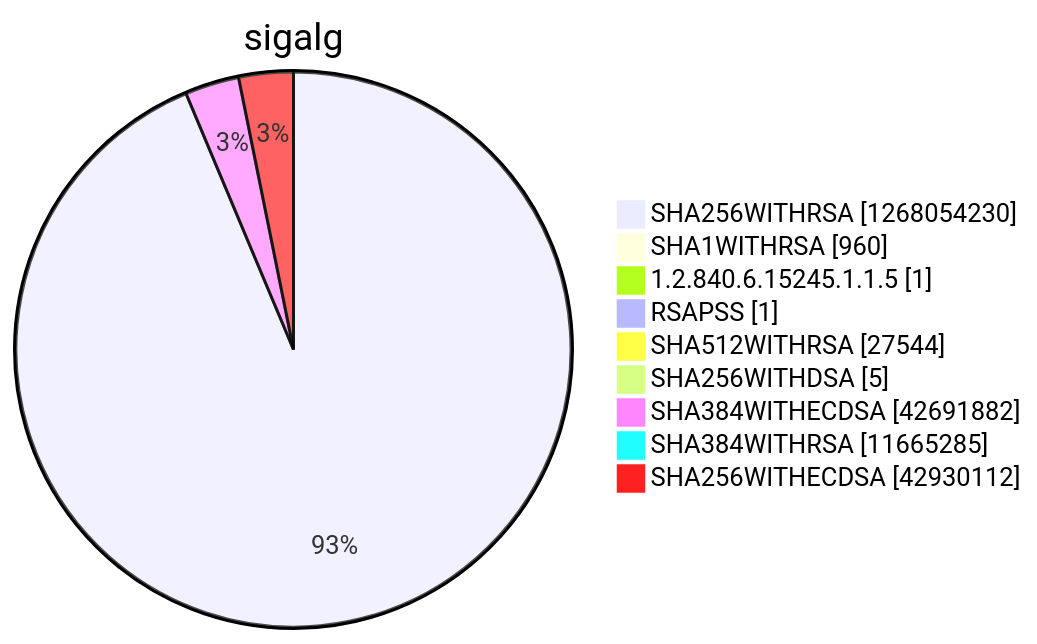
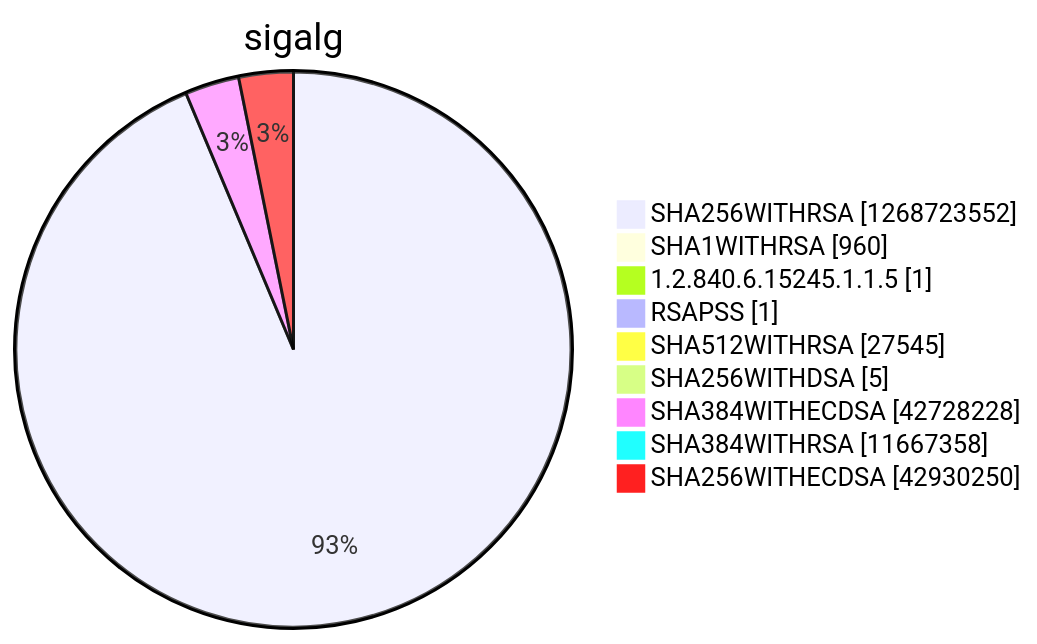
One commit to christiankrug/ctmonitor_visualization changed diagram 15 of 15 in argon2022/README.md. Above: the diagram before and after it, drawn with Mermaid. The commit also changed other lines of this file, not shown here.

````diff
--- a/argon2022/README.md
+++ b/argon2022/README.md
@@ -5522,13 +5522,13 @@
 ```mermaid
 pie showData
 title sigalg
-"SHA256WITHRSA" :1268054230
+"SHA256WITHRSA" :1268723552
 "SHA1WITHRSA" :960
 "1.2.840.6.15245.1.1.5" :1
 "RSAPSS" :1
-"SHA512WITHRSA" :27544
+"SHA512WITHRSA" :27545
 "SHA256WITHDSA" :5
-"SHA384WITHECDSA" :42691882
-"SHA384WITHRSA" :11665285
-"SHA256WITHECDSA" :42930112
+"SHA384WITHECDSA" :42728228
+"SHA384WITHRSA" :11667358
+"SHA256WITHECDSA" :42930250
 ```
````
